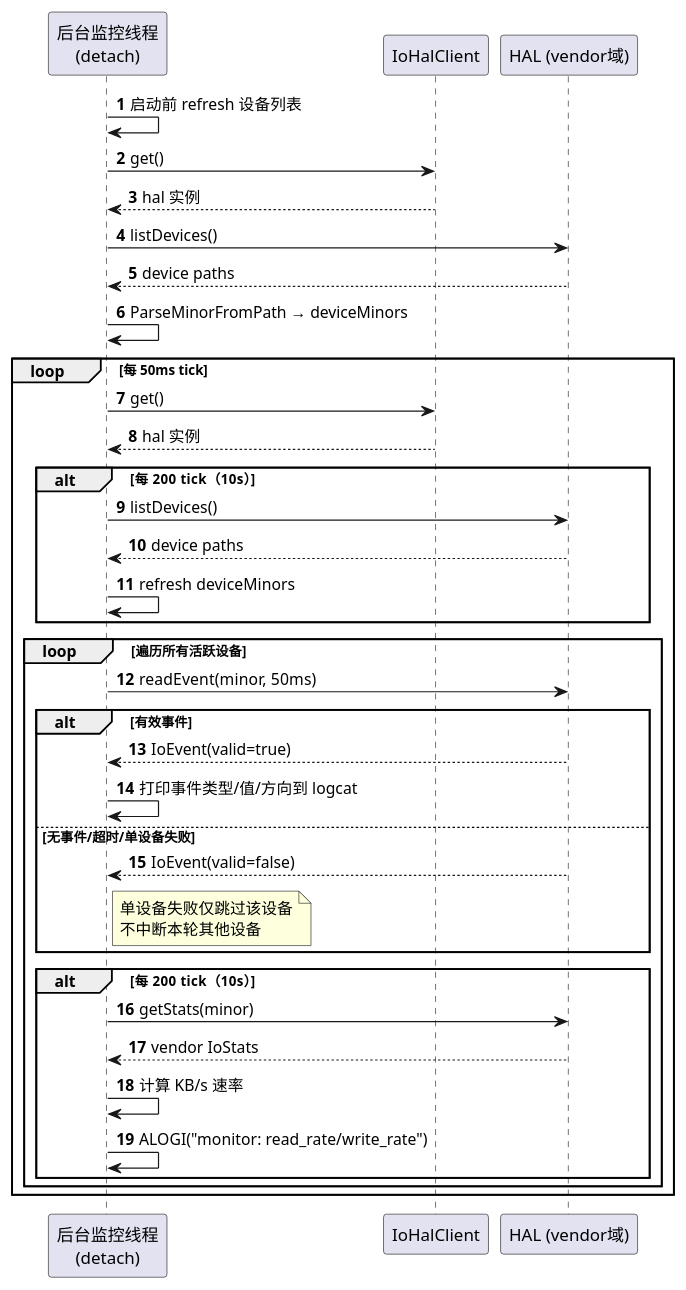
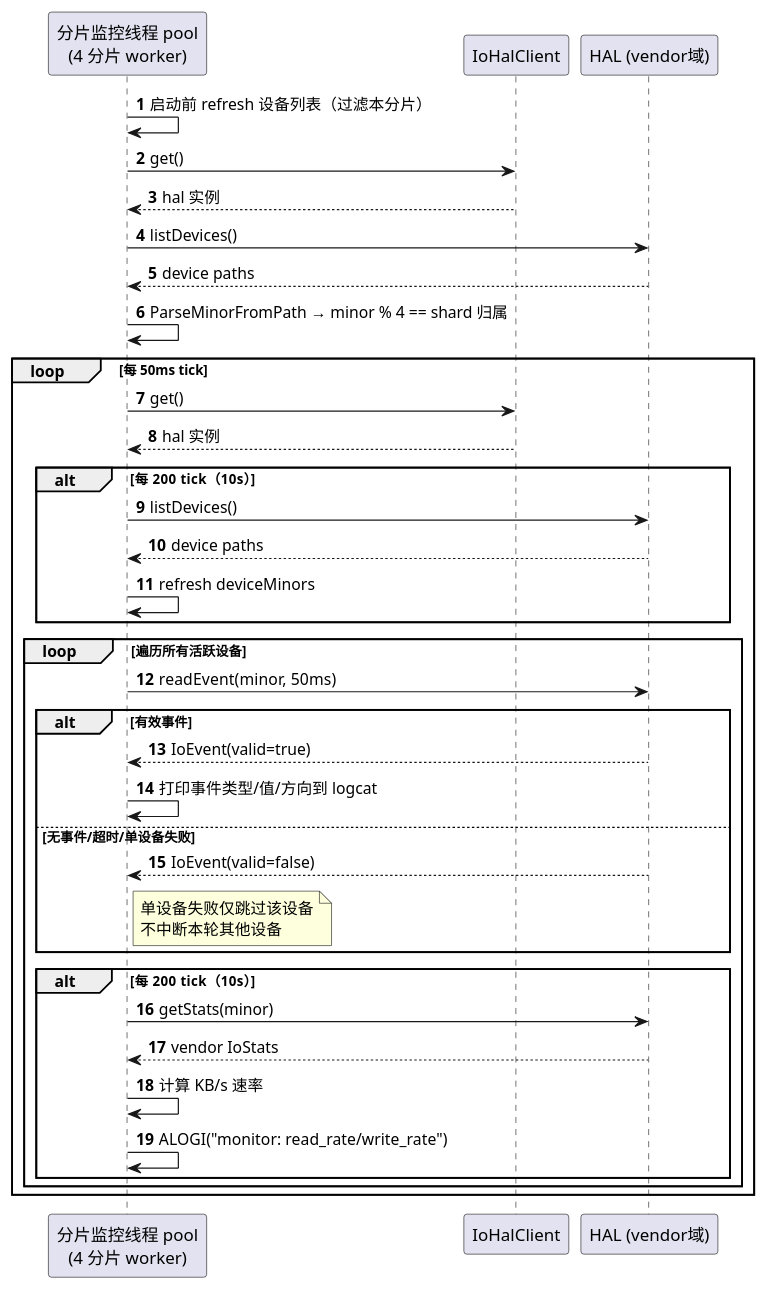
One commit to lechao365/AndroidSystemEnhance changed the second of 17 diagrams in docs/02-IO增强/02.03-Daemon增强-lciod-daemon.md. Above: the diagram before and after it, drawn with PlantUML. The commit also changed other lines of this file and 118 other files, not shown here.

````diff
--- a/docs/02-IO增强/02.03-Daemon增强-lciod-daemon.md
+++ b/docs/02-IO增强/02.03-Daemon增强-lciod-daemon.md
@@ -69,44 +69,44 @@
 ```plantuml
 @startuml
 autonumber
-participant "后台监控线程\n(detach)" as MON
+participant "分片监控线程 pool\n(4 分片 worker)" as MON
 participant "IoHalClient" as CLIENT
 participant "HAL (vendor域)" as HAL
 
-MON -> MON : 启动前 refresh 设备列表
+MON -> MON : 启动前 refresh 设备列表（过滤本分片）
 MON -> CLIENT : get()
 CLIENT --> MON : hal 实例
 MON -> HAL : listDevices()
 HAL --> MON : device paths
-MON -> MON : ParseMinorFromPath → deviceMinors
+MON -> MON : ParseMinorFromPath → minor % 4 == shard 归属
 
 loop 每 50ms tick
     MON -> CLIENT : get()
     CLIENT --> MON : hal 实例
 
     alt 每 200 tick（10s）
         MON -> HAL : listDevices()
         HAL --> MON : device paths
         MON -> MON : refresh deviceMinors
     end
 
     loop 遍历所有活跃设备
         MON -> HAL : readEvent(minor, 50ms)
         alt 有效事件
             HAL --> MON : IoEvent(valid=true)
             MON -> MON : 打印事件类型/值/方向到 logcat
         else 无事件/超时/单设备失败
             HAL --> MON : IoEvent(valid=false)
             note right of MON: 单设备失败仅跳过该设备\n不中断本轮其他设备
         end
 
         alt 每 200 tick（10s）
             MON -> HAL : getStats(minor)
             HAL --> MON : vendor IoStats
             MON -> MON : 计算 KB/s 速率
             MON -> MON : ALOGI("monitor: read_rate/write_rate")
         end
     end
 end
 @enduml
 ```
````
